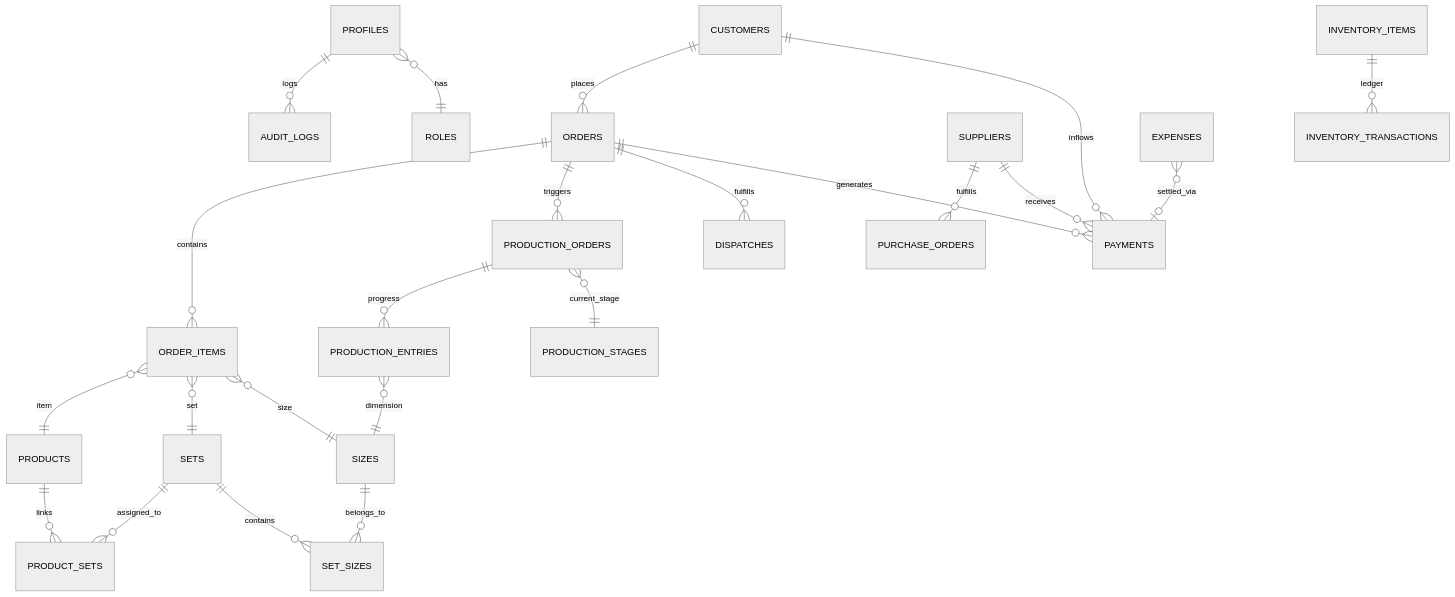
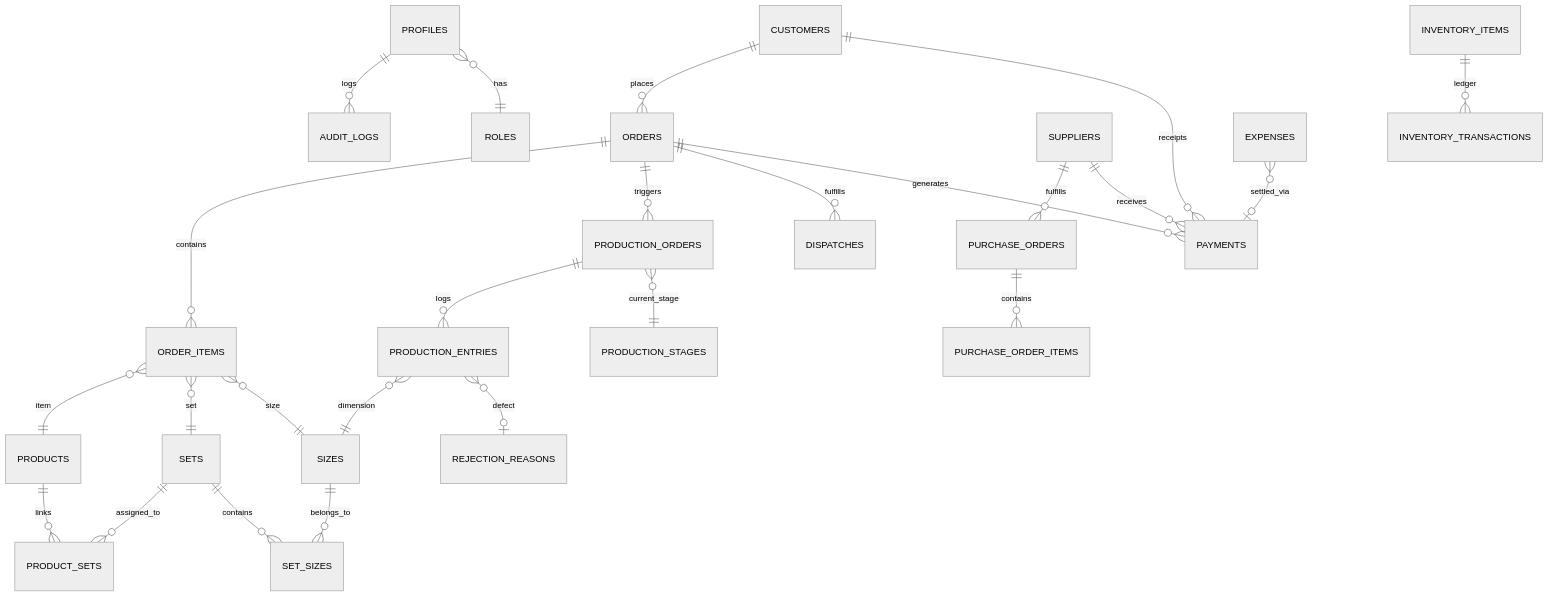
One commit to kavyakh2005/Factory-AI-Manager changed the diagram in DATABASE.md. Above: the diagram before and after it, drawn with Mermaid (neutral theme). The commit also changed other lines of this file and 24 other files, not shown here.

Commit message:
feat: implement core factory production, inventory, and order management services with UI components and test scripts

````diff
--- a/DATABASE.md
+++ b/DATABASE.md
@@ -11,33 +11,35 @@
 ```mermaid
 erDiagram
     PROFILES ||--o{ AUDIT_LOGS : logs
     PROFILES }o--|| ROLES : has
     
     PRODUCTS ||--o{ PRODUCT_SETS : links
     SETS ||--o{ PRODUCT_SETS : assigned_to
     
     SETS ||--o{ SET_SIZES : contains
     SIZES ||--o{ SET_SIZES : belongs_to
     
     CUSTOMERS ||--o{ ORDERS : places
     ORDERS ||--o{ ORDER_ITEMS : contains
     ORDERS ||--o{ PRODUCTION_ORDERS : triggers
     ORDERS ||--o{ DISPATCHES : fulfills
     ORDERS ||--o{ PAYMENTS : generates
     
     ORDER_ITEMS }o--|| PRODUCTS : item
     ORDER_ITEMS }o--|| SETS : set
     ORDER_ITEMS }o--|| SIZES : size
     
-    PRODUCTION_ORDERS ||--o{ PRODUCTION_ENTRIES : progress
+    PRODUCTION_ORDERS ||--o{ PRODUCTION_ENTRIES : logs
     PRODUCTION_ORDERS }o--|| PRODUCTION_STAGES : current_stage
     PRODUCTION_ENTRIES }o--|| SIZES : dimension
+    PRODUCTION_ENTRIES }o--o| REJECTION_REASONS : defect
     
     SUPPLIERS ||--o{ PURCHASE_ORDERS : fulfills
     SUPPLIERS ||--o{ PAYMENTS : receives
+    PURCHASE_ORDERS ||--o{ PURCHASE_ORDER_ITEMS : contains
     
     INVENTORY_ITEMS ||--o{ INVENTORY_TRANSACTIONS : ledger
     
-    CUSTOMERS ||--o{ PAYMENTS : inflows
+    CUSTOMERS ||--o{ PAYMENTS : receipts
     EXPENSES }o--o| PAYMENTS : settled_via
 ```
````
